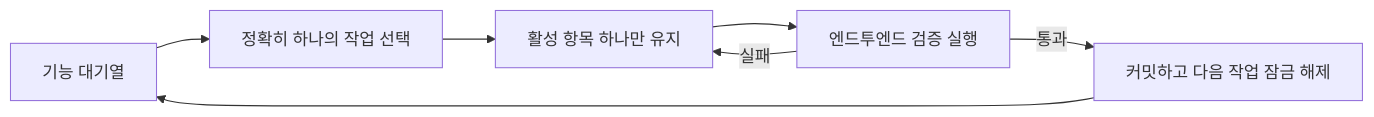
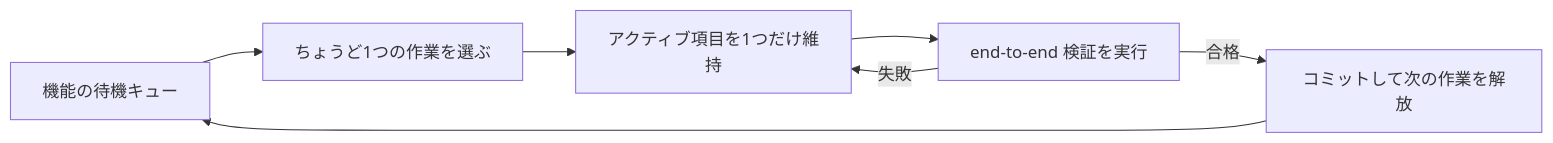
The first of 2 diagrams in docs/ko/lectures/lecture-07-why-agents-overreach-and-under-finish/index.md (mkusaka/learn-harness-engineering), drawn with Mermaid before and after one commit. The commit also changed other lines of this file and 571 other files, not shown here.

````diff
--- a/docs/ko/lectures/lecture-07-why-agents-overreach-and-under-finish/index.md
+++ b/docs/ko/lectures/lecture-07-why-agents-overreach-and-under-finish/index.md
@@ -33,9 +33,9 @@
 ```mermaid
 flowchart LR
-    Queue["기능 대기열"] --> Pick["정확히 하나의 작업 선택"]
-    Pick --> Active["활성 항목 하나만 유지"]
-    Active --> Verify["엔드투엔드 검증 실행"]
-    Verify -->|통과| Commit["커밋하고 다음 작업 잠금 해제"]
-    Verify -->|실패| Active
+    Queue["機能の待機キュー"] --> Pick["ちょうど1つの作業を選ぶ"]
+    Pick --> Active["アクティブ項目を1つだけ維持"]
+    Active --> Verify["end-to-end 検証を実行"]
+    Verify -->|合格| Commit["コミットして次の作業を解放"]
+    Verify -->|失敗| Active
     Commit --> Queue
 ```
````
